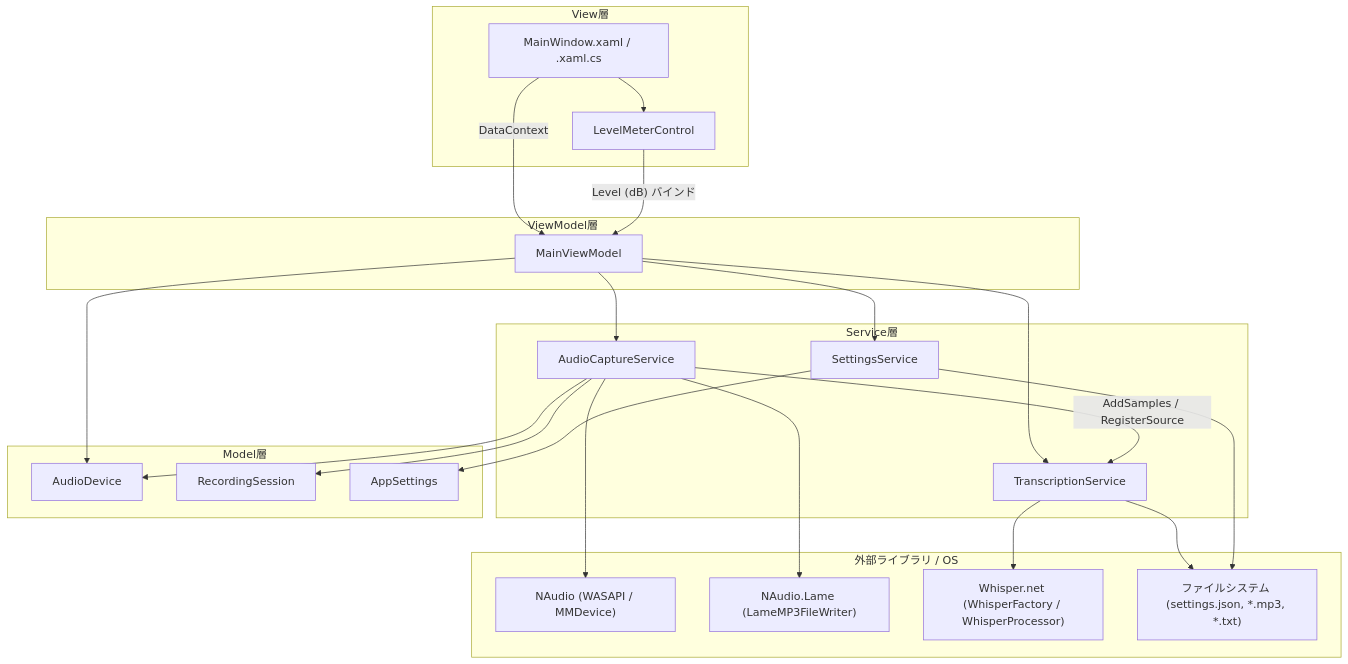
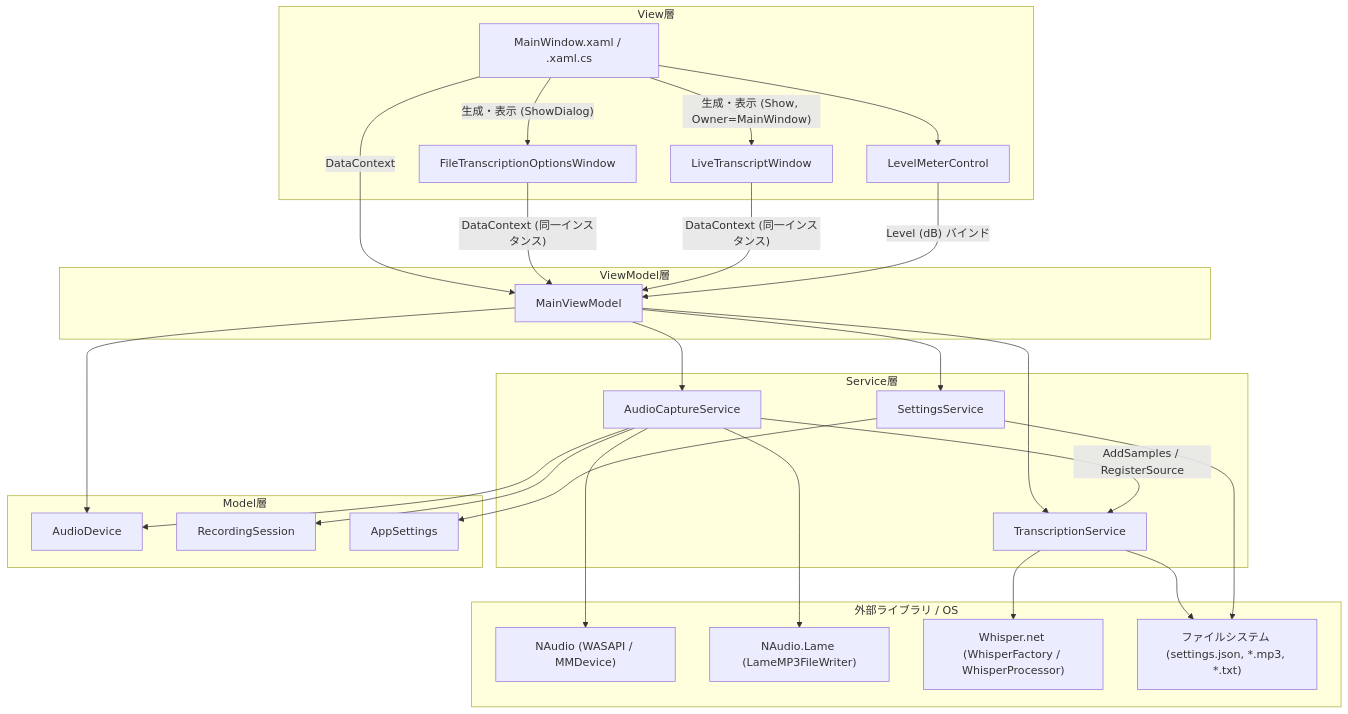
One commit to otomac/audio-capture-app changed the first of 3 diagrams in docs/spec/02_architecture.md. Above: the diagram before and after it, drawn with Mermaid. The commit also changed other lines of this file and 14 other files, not shown here.

````diff
--- a/docs/spec/02_architecture.md
+++ b/docs/spec/02_architecture.md
@@ -19,51 +19,57 @@
 ```mermaid
 graph TB
     subgraph View["View層"]
         MW["MainWindow.xaml / .xaml.cs"]
+        FTW["FileTranscriptionOptionsWindow"]
+        LTW["LiveTranscriptWindow"]
         LMC["LevelMeterControl"]
     end
 
     subgraph ViewModel["ViewModel層"]
         MVM["MainViewModel"]
     end
 
     subgraph Service["Service層"]
         ACS["AudioCaptureService"]
         TS["TranscriptionService"]
         SS["SettingsService"]
     end
 
     subgraph Model["Model層"]
         AD["AudioDevice"]
         RS["RecordingSession"]
         AS["AppSettings"]
     end
 
     subgraph External["外部ライブラリ / OS"]
         NAudio["NAudio (WASAPI / MMDevice)"]
         Lame["NAudio.Lame (LameMP3FileWriter)"]
         Whisper["Whisper.net (WhisperFactory / WhisperProcessor)"]
         FS["ファイルシステム (settings.json, *.mp3, *.txt)"]
     end
 
     MW -->|"DataContext"| MVM
+    MW -->|"生成・表示 (ShowDialog)"| FTW
+    MW -->|"生成・表示 (Show, Owner=MainWindow)"| LTW
+    FTW -->|"DataContext (同一インスタンス)"| MVM
+    LTW -->|"DataContext (同一インスタンス)"| MVM
     MW --> LMC
     LMC -->|"Level (dB) バインド"| MVM
 
     MVM --> ACS
     MVM --> TS
     MVM --> SS
     MVM --> AD
 
     ACS --> RS
     ACS --> AD
     ACS -->|"AddSamples / RegisterSource"| TS
     ACS --> NAudio
     ACS --> Lame
 
     TS --> Whisper
     TS --> FS
 
     SS --> AS
     SS --> FS
 ```
````
